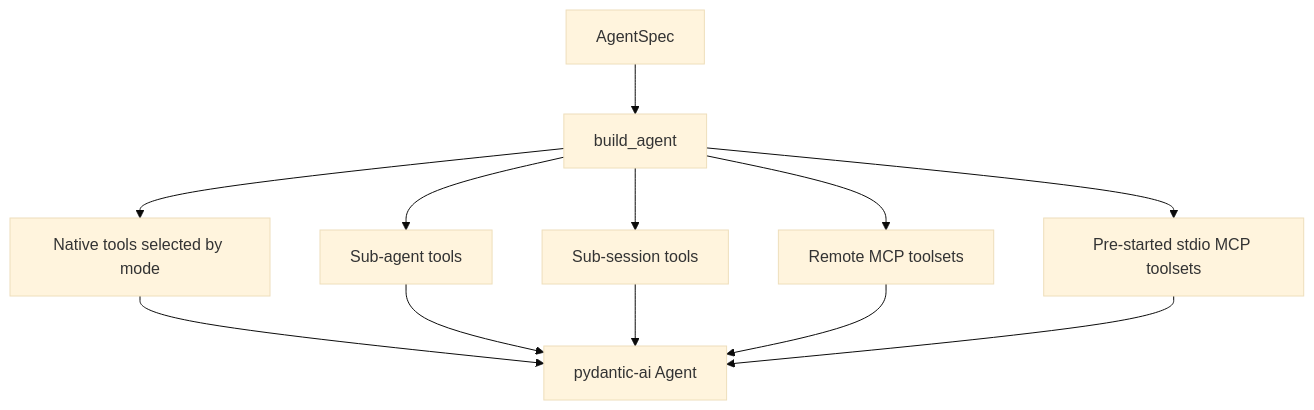
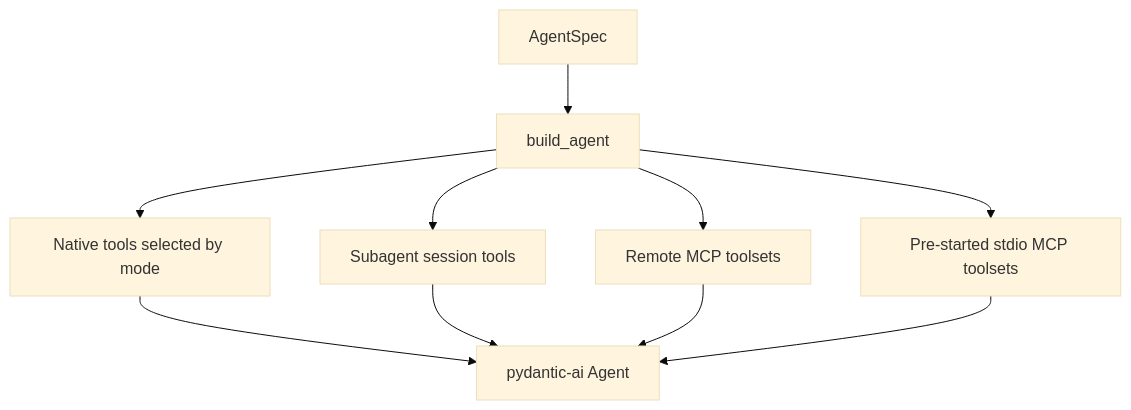
One commit to jrialland/agentbox changed the second of 3 diagrams in docs/architecture/04-harness-runtime.md. Above: the diagram before and after it, drawn with Mermaid (base theme). The commit also changed other lines of this file and 58 other files, not shown here.

Commit message:
feat(api): add unrestricted subagent session orchestration

````diff
--- a/docs/architecture/04-harness-runtime.md
+++ b/docs/architecture/04-harness-runtime.md
@@ -87,14 +87,12 @@
 ```mermaid
 flowchart TB
   spec["AgentSpec"] --> factory["build_agent"]
   factory --> native["Native tools selected by mode"]
-  factory --> subagents["Sub-agent tools"]
-  factory --> subsessions["Sub-session tools"]
+  factory --> subagents["Subagent session tools"]
   factory --> remote["Remote MCP toolsets"]
   factory --> stdio["Pre-started stdio MCP toolsets"]
   native --> agent["pydantic-ai Agent"]
   subagents --> agent
-  subsessions --> agent
   remote --> agent
   stdio --> agent
 ```
````
